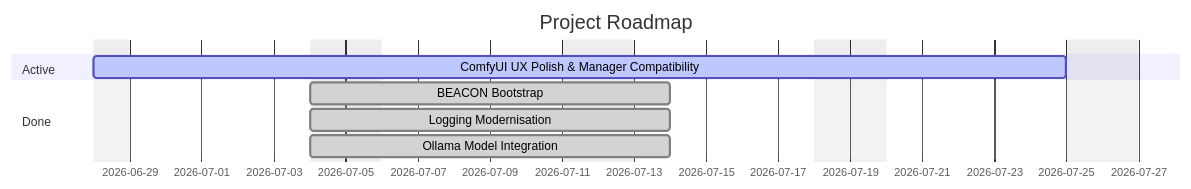
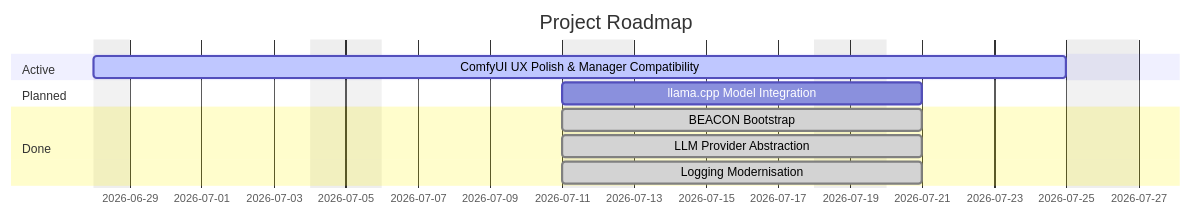
Before and after one commit to darth-veitcher/comfydv: the diagram in ROADMAP.md, drawn with Mermaid. The commit also changed other lines of this file and 3 other files, not shown here.

First line of the commit message:
chore(beacon): finish llm-provider-abstraction epic

````diff
--- a/ROADMAP.md
+++ b/ROADMAP.md
@@ -9,15 +9,18 @@
 ```mermaid
 gantt
     title Project Roadmap
     dateFormat  YYYY-MM-DD
     excludes    weekends
 
     section Active
     ComfyUI UX Polish & Manager Compatibility :active, ux-and-install, 2026-06-28, 21d
 
+    section Planned
+    llama.cpp Model Integration :llamacpp-integration, 2026-07-11, 7d
+
     section Done
-    BEACON Bootstrap :done, beacon-bootstrap, 2026-07-04, 7d
-    Logging Modernisation :done, logging-modernisation, 2026-07-04, 7d
-    Ollama Model Integration :done, ollama-integration, 2026-07-04, 7d
+    BEACON Bootstrap :done, beacon-bootstrap, 2026-07-11, 7d
+    LLM Provider Abstraction :done, llm-provider-abstraction, 2026-07-11, 7d
+    Logging Modernisation :done, logging-modernisation, 2026-07-11, 7d
 
 ```
````
